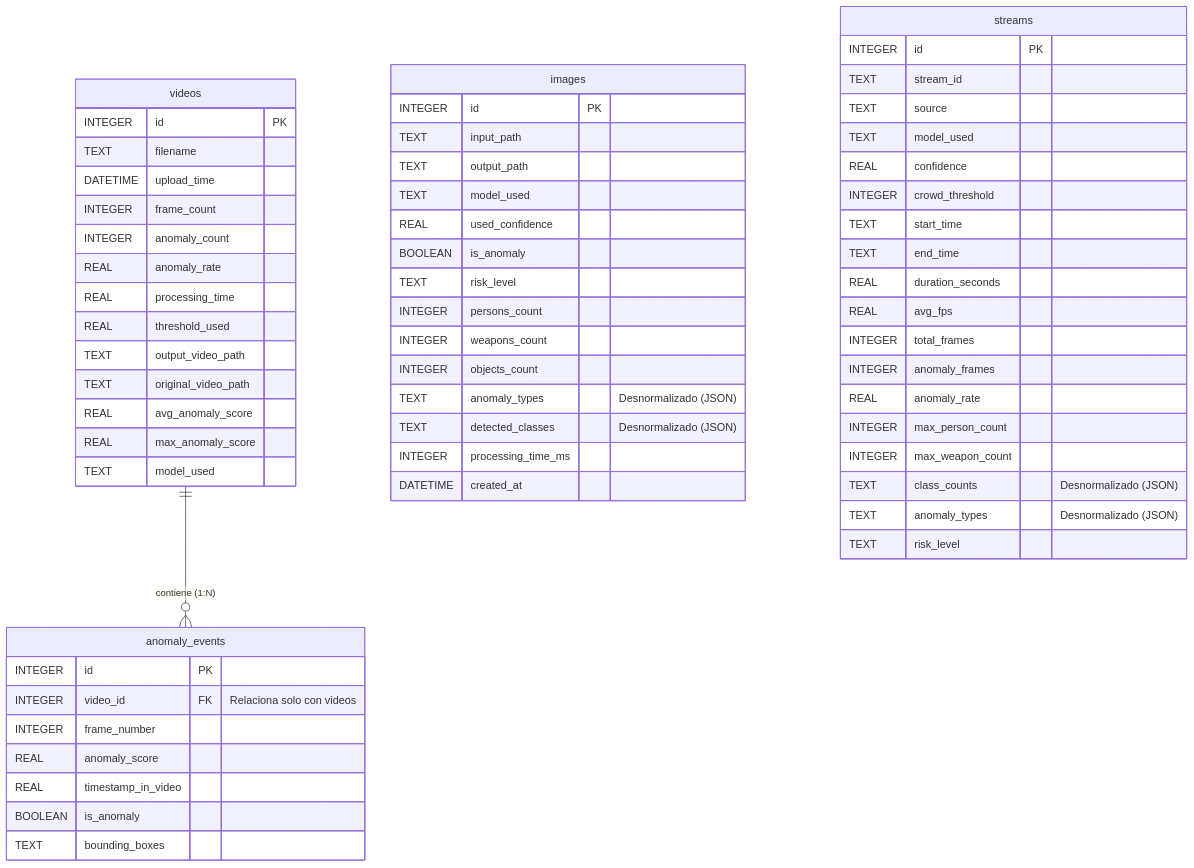
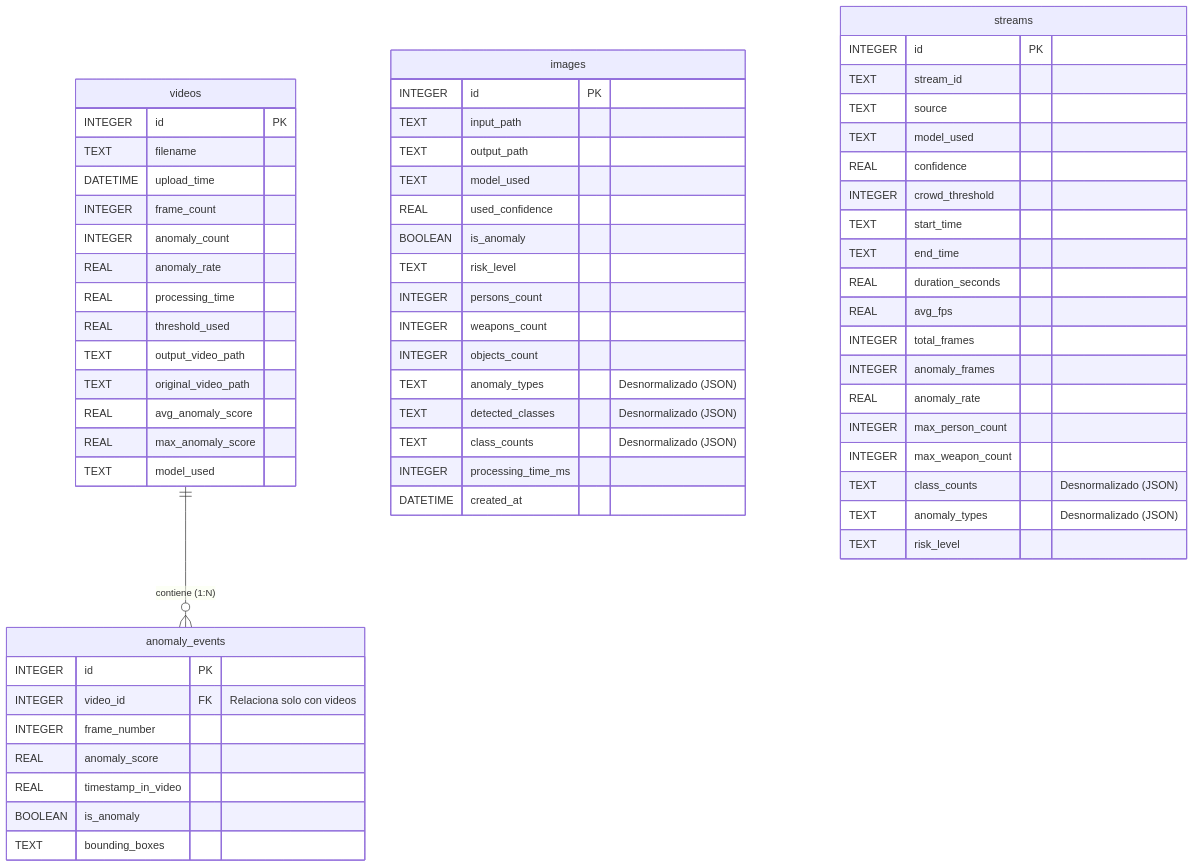
Before and after one commit to Sibahia/Iris-System-Detector-IA: the sixth of 6 diagrams in README.md, drawn with Mermaid. The commit also changed other lines of this file and 1 other file, not shown here.

First line of the commit message:
fix: add class_counts column to images table for grouped cards modal

````diff
--- a/README.md
+++ b/README.md
@@ -157,68 +157,69 @@
 ```mermaid
 erDiagram
     videos {
         INTEGER id PK
         TEXT filename
         DATETIME upload_time
         INTEGER frame_count
         INTEGER anomaly_count
         REAL anomaly_rate
         REAL processing_time
         REAL threshold_used
         TEXT output_video_path
         TEXT original_video_path
         REAL avg_anomaly_score
         REAL max_anomaly_score
         TEXT model_used
     }
 
     anomaly_events {
         INTEGER id PK
         INTEGER video_id FK "Relaciona solo con videos"
         INTEGER frame_number
         REAL anomaly_score
         REAL timestamp_in_video
         BOOLEAN is_anomaly
         TEXT bounding_boxes
     }
 
     images {
         INTEGER id PK
         TEXT input_path
         TEXT output_path
         TEXT model_used
         REAL used_confidence
         BOOLEAN is_anomaly
         TEXT risk_level
         INTEGER persons_count
         INTEGER weapons_count
         INTEGER objects_count
         TEXT anomaly_types "Desnormalizado (JSON)"
         TEXT detected_classes "Desnormalizado (JSON)"
+        TEXT class_counts "Desnormalizado (JSON)"
         INTEGER processing_time_ms
         DATETIME created_at
     }
 
     streams {
         INTEGER id PK
         TEXT stream_id
         TEXT source
         TEXT model_used
         REAL confidence
         INTEGER crowd_threshold
         TEXT start_time
         TEXT end_time
         REAL duration_seconds
         REAL avg_fps
         INTEGER total_frames
         INTEGER anomaly_frames
         REAL anomaly_rate
         INTEGER max_person_count
         INTEGER max_weapon_count
         TEXT class_counts "Desnormalizado (JSON)"
         TEXT anomaly_types "Desnormalizado (JSON)"
         TEXT risk_level
     }
 
     videos ||--o{ anomaly_events : "contiene (1:N)"
 ```
````
